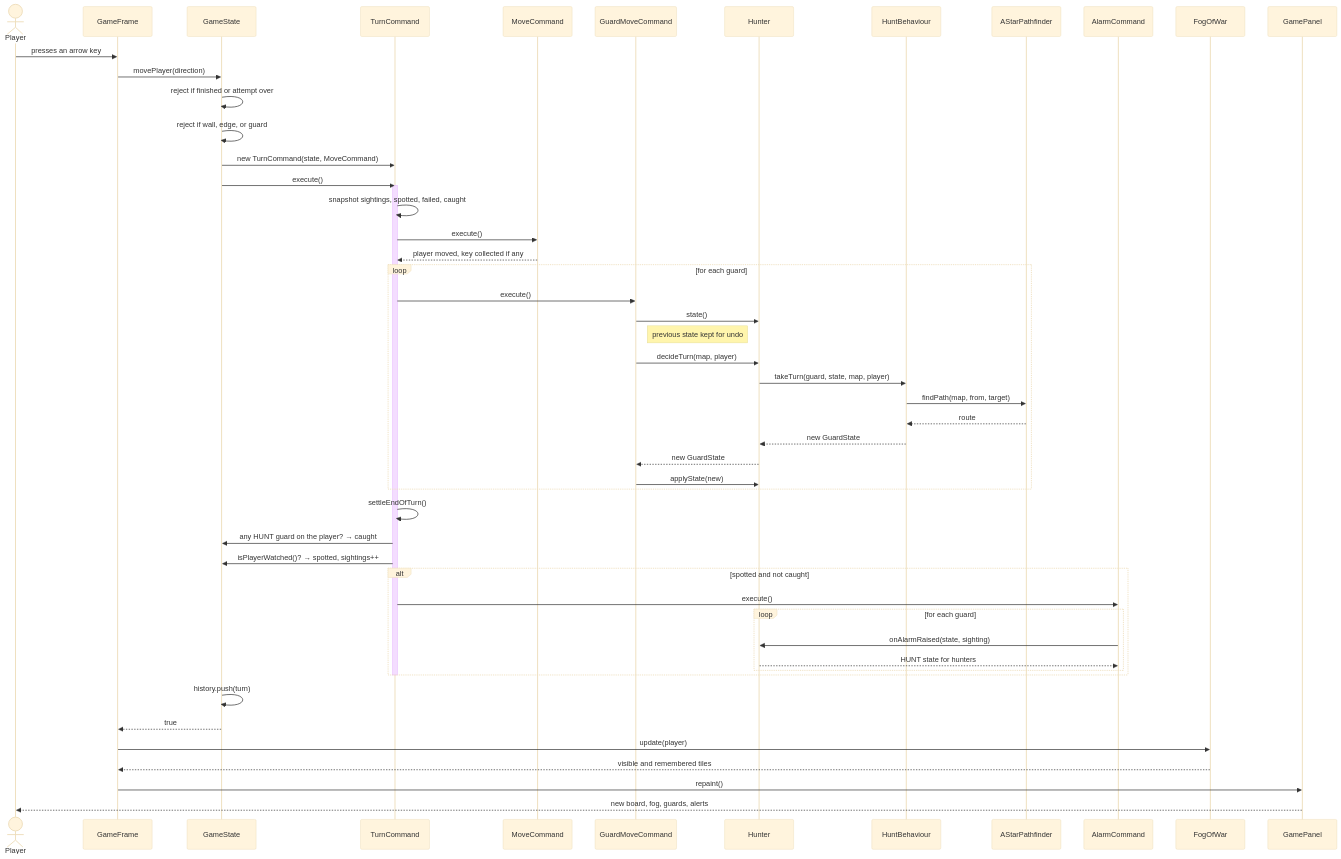
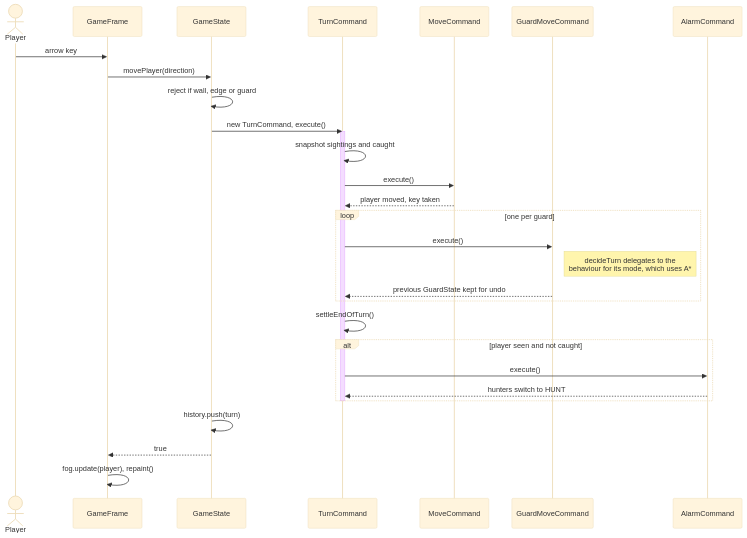
One commit to Uzma-Yasmeen/SignalLost changed the sixth of 10 diagrams in docs/uml.md. Above: the diagram before and after it, drawn with Mermaid (base theme). The commit also changed other lines of this file and 4 other files, not shown here.

First line of the commit message:
Shorten the report and make the diagrams readable in print

````diff
--- a/docs/uml.md
+++ b/docs/uml.md
@@ -471,63 +471,36 @@
 ```mermaid
 sequenceDiagram
-    actor Player
-    participant Frame as GameFrame
-    participant State as GameState
-    participant Turn as TurnCommand
-    participant Move as MoveCommand
-    participant GMove as GuardMoveCommand
-    participant Guard as Hunter
-    participant Behave as HuntBehaviour
-    participant AStar as AStarPathfinder
-    participant Alarm as AlarmCommand
-    participant Fog as FogOfWar
-    participant Panel as GamePanel
+    actor P as Player
+    participant F as GameFrame
+    participant S as GameState
+    participant T as TurnCommand
+    participant M as MoveCommand
+    participant G as GuardMoveCommand
+    participant A as AlarmCommand
 
-    Player->>Frame: presses an arrow key
-    Frame->>State: movePlayer(direction)
+    P->>F: arrow key
+    F->>S: movePlayer(direction)
+    S->>S: reject if wall, edge or guard
+    S->>T: new TurnCommand, execute()
+    activate T
+    T->>T: snapshot sightings and caught
+    T->>M: execute()
+    M-->>T: player moved, key taken
 
-    State->>State: reject if finished or attempt over
-    State->>State: reject if wall, edge, or guard
-
-    State->>Turn: new TurnCommand(state, MoveCommand)
-    State->>Turn: execute()
-    activate Turn
-
-    Turn->>Turn: snapshot sightings, spotted, failed, caught
-    Turn->>Move: execute()
-    Move-->>Turn: player moved, key collected if any
-
-    loop for each guard
-        Turn->>GMove: execute()
-        GMove->>Guard: state()
-        Note right of GMove: previous state kept for undo
-        GMove->>Guard: decideTurn(map, player)
-        Guard->>Behave: takeTurn(guard, state, map, player)
-        Behave->>AStar: findPath(map, from, target)
-        AStar-->>Behave: route
-        Behave-->>Guard: new GuardState
-        Guard-->>GMove: new GuardState
-        GMove->>Guard: applyState(new)
+    loop one per guard
+        T->>G: execute()
+        Note right of G: decideTurn delegates to the<br/>behaviour for its mode, which uses A*
+        G-->>T: previous GuardState kept for undo
     end
 
-    Turn->>Turn: settleEndOfTurn()
-    Turn->>State: any HUNT guard on the player? → caught
-    Turn->>State: isPlayerWatched()? → spotted, sightings++
+    T->>T: settleEndOfTurn()
+    alt player seen and not caught
+        T->>A: execute()
+        A-->>T: hunters switch to HUNT
+    end
+    deactivate T
 
-    alt spotted and not caught
-        Turn->>Alarm: execute()
-        loop for each guard
-            Alarm->>Guard: onAlarmRaised(state, sighting)
-            Guard-->>Alarm: HUNT state for hunters
-        end
-    end
-
-    deactivate Turn
-    State->>State: history.push(turn)
-    State-->>Frame: true
-
-    Frame->>Fog: update(player)
-    Fog-->>Frame: visible and remembered tiles
-    Frame->>Panel: repaint()
-    Panel-->>Player: new board, fog, guards, alerts
+    S->>S: history.push(turn)
+    S-->>F: true
+    F->>F: fog.update(player), repaint()
 ```
````
